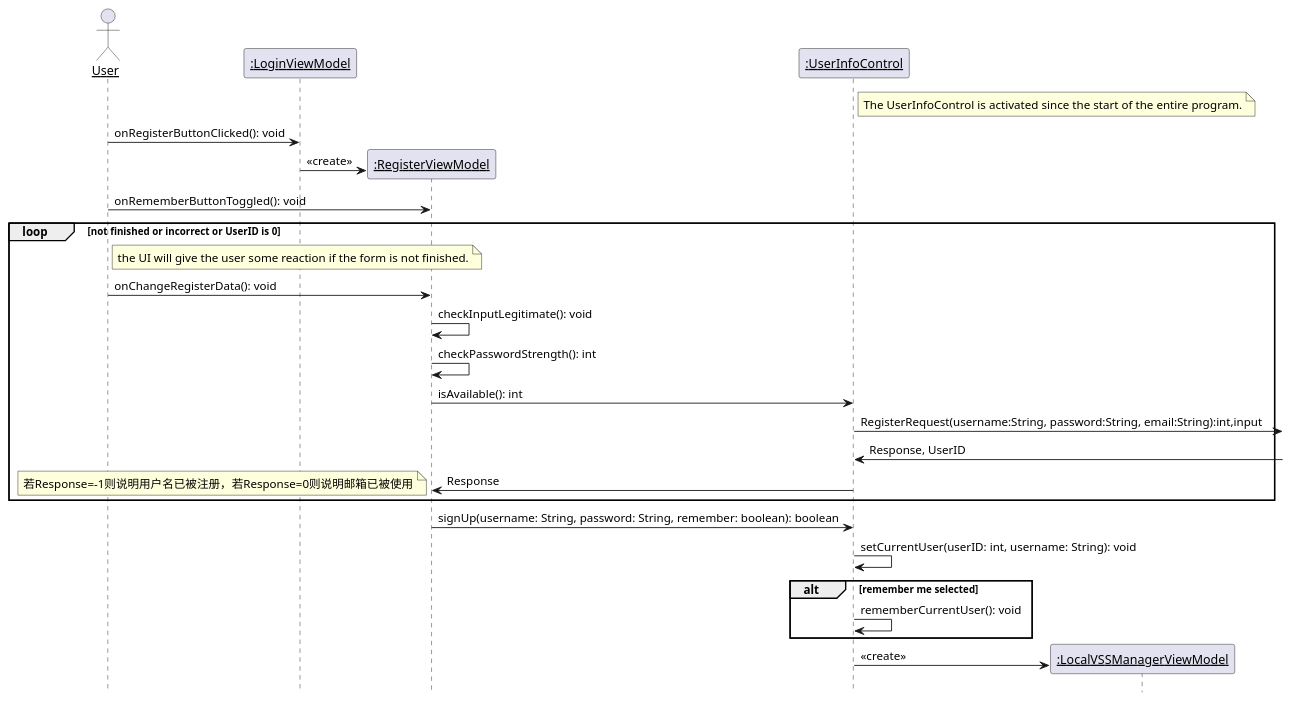
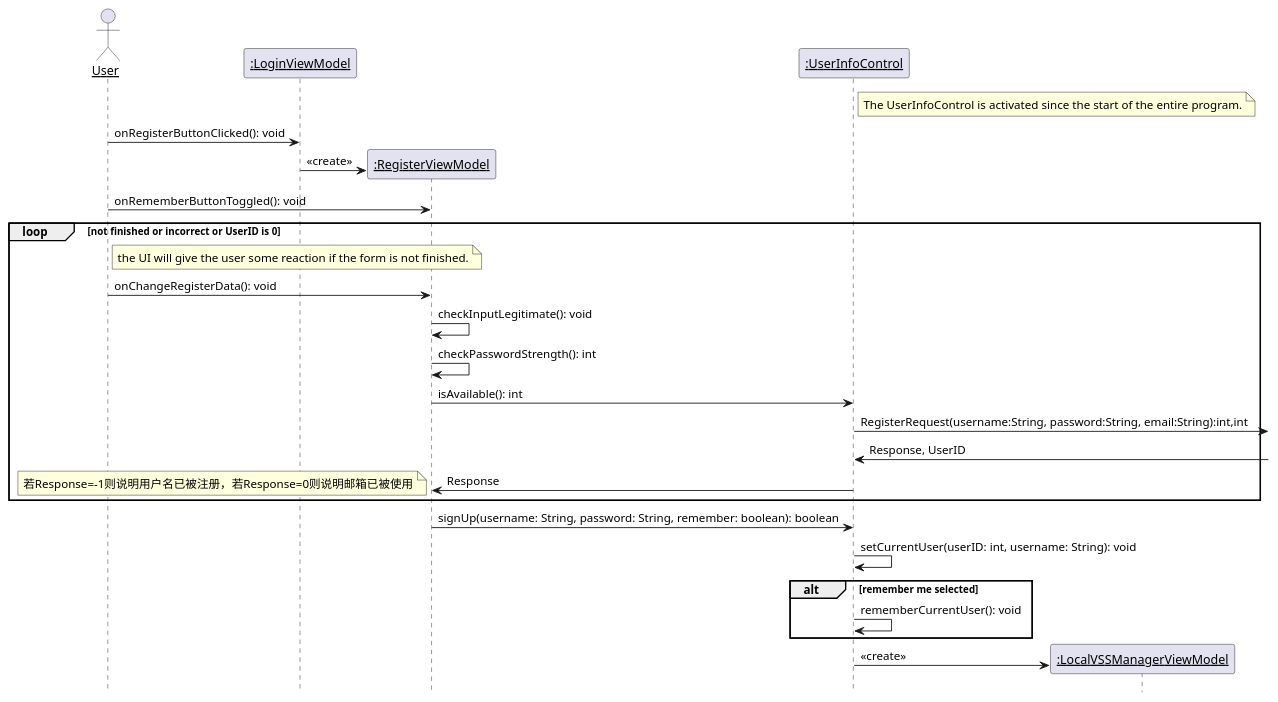
The second of 38 diagrams in 设计/顺序图.md (kpp19920121/doc), drawn with PlantUML before and after one commit. The commit also changed other lines of this file, not shown here.

Commit message:
修改了顺序图中的一些错误

````diff
--- a/设计/顺序图.md
+++ b/设计/顺序图.md
@@ -31,43 +31,43 @@
 ```PlantUML
 @startuml Diagrams/Register
 hide footbox
 skinparam sequenceParticipant underline
 
 actor User as user
 participant ":LoginViewModel" as loginpage
 participant ":RegisterViewModel" as boundary
 participant ":UserInfoControl" as control
 participant ":LocalVSSManagerViewModel" as nextpage
 
 note right of control: The UserInfoControl is activated since the start of the entire program.
 
 user -> loginpage: onRegisterButtonClicked(): void
 
 create boundary
 loginpage -> boundary: <<create>>
 
 user -> boundary: onRememberButtonToggled(): void
 loop not finished or incorrect or UserID is 0
     note right of user
         the UI will give the user some reaction if the form is not finished.
     end note
     user -> boundary: onChangeRegisterData(): void
     boundary -> boundary: checkInputLegitimate(): void
     boundary -> boundary: checkPasswordStrength(): int
     boundary -> control: isAvailable(): int
-    control ->:RegisterRequest(username:String, password:String, email:String):int,input
+    control ->:RegisterRequest(username:String, password:String, email:String):int,int
     control <-:Response, UserID
     control->boundary:Response
     note left:若Response=-1则说明用户名已被注册，若Response=0则说明邮箱已被使用
 end
 
 boundary -> control: signUp(username: String, password: String, remember: boolean): boolean
 
 control -> control: setCurrentUser(userID: int, username: String): void
 alt remember me selected
     control -> control: rememberCurrentUser(): void
 end
 create nextpage
 control -> nextpage: <<create>>
 @enduml
 ```
````
